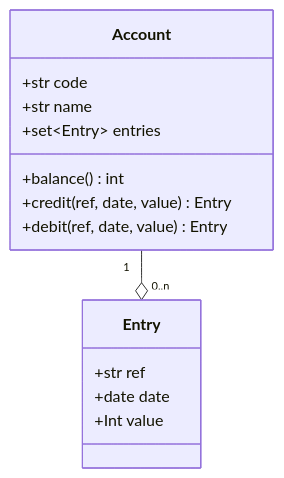
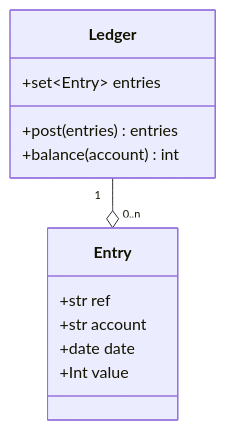
Before and after one commit to samthorold/booker: the second of 2 diagrams in docs/domain.md, drawn with Mermaid. The commit also changed 7 other files, not shown here.

Commit message:
Ledger and Entry domain objects

````diff
--- a/docs/domain.md
+++ b/docs/domain.md
@@ -189,17 +189,15 @@
 ```mermaid
 classDiagram
-  Account "1" --o "0..n" Entry
-  class Account{
-    +str code
-    +str name
+  Ledger "1" --o "0..n" Entry
+  class Ledger{
     +set~Entry~ entries
-    +balance() int
-    +credit(ref, date, value) Entry
-    +debit(ref, date, value) Entry
+    +post(entries) entries
+    +balance(account) int
   }
   class Entry{
     +str ref
+    +str account
     +date date
     +Int value
   }
 ```
````
